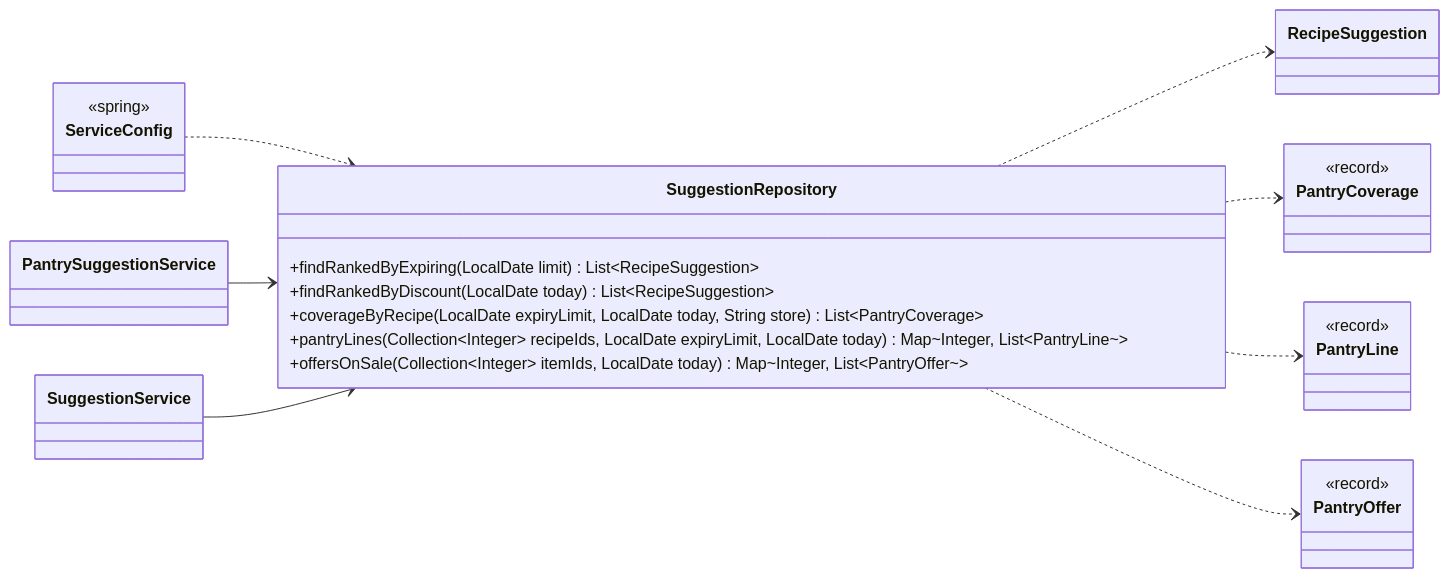
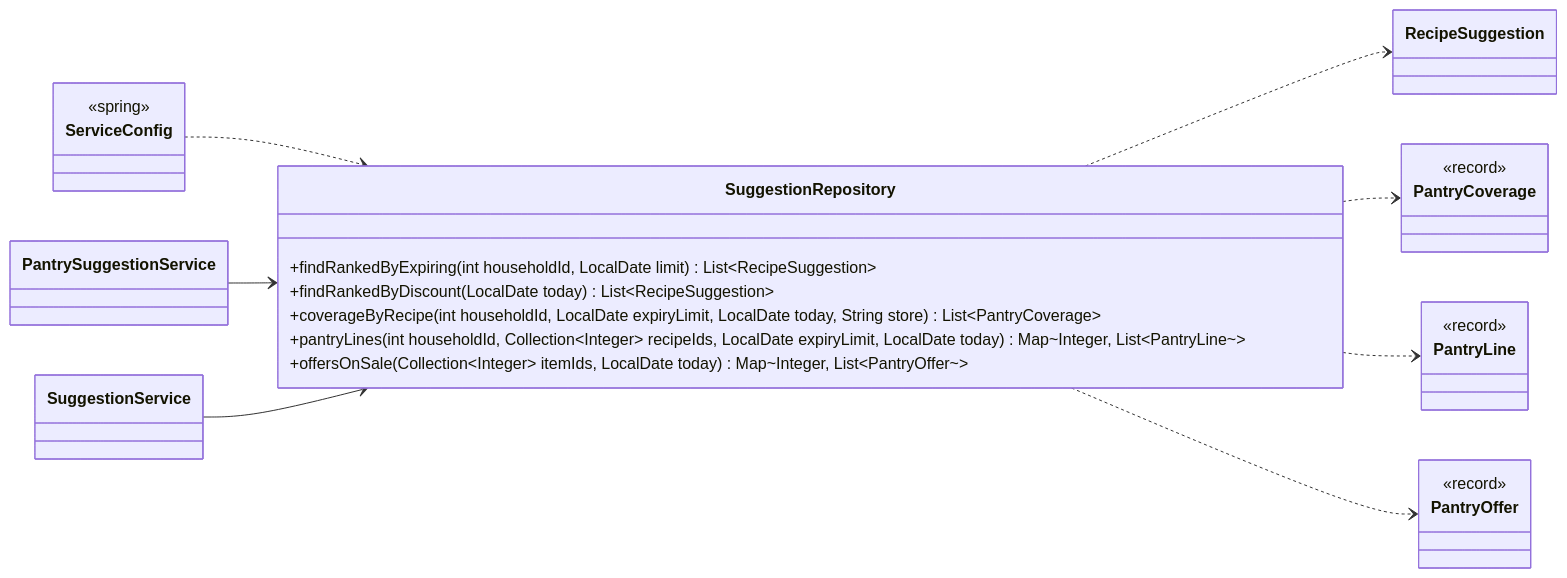
Before and after one commit to Nate-ryan-7690/dahaem: diagram 12 of 13 in docs/classes/suggestions.md, drawn with Mermaid. The commit also changed other lines of this file and 5 other files, not shown here.

````diff
--- a/docs/classes/suggestions.md
+++ b/docs/classes/suggestions.md
@@ -579,33 +579,33 @@
 ```mermaid
 classDiagram
     direction LR
     class suggestions_SuggestionRepository["SuggestionRepository"] {
-        +findRankedByExpiring(LocalDate limit) List~RecipeSuggestion~
+        +findRankedByExpiring(int householdId, LocalDate limit) List~RecipeSuggestion~
         +findRankedByDiscount(LocalDate today) List~RecipeSuggestion~
-        +coverageByRecipe(LocalDate expiryLimit, LocalDate today, String store) List~PantryCoverage~
-        +pantryLines(Collection~Integer~ recipeIds, LocalDate expiryLimit, LocalDate today) Map~Integer, List~PantryLine~~
+        +coverageByRecipe(int householdId, LocalDate expiryLimit, LocalDate today, String store) List~PantryCoverage~
+        +pantryLines(int householdId, Collection~Integer~ recipeIds, LocalDate expiryLimit, LocalDate today) Map~Integer, List~PantryLine~~
         +offersOnSale(Collection~Integer~ itemIds, LocalDate today) Map~Integer, List~PantryOffer~~
     }
     class suggestions_PantrySuggestionService["PantrySuggestionService"]
     class suggestions_SuggestionService["SuggestionService"]
     class suggestions_RecipeSuggestion["RecipeSuggestion"]
     class suggestions_PantryCoverage["PantryCoverage"] {
         <<record>>
     }
     class suggestions_PantryLine["PantryLine"] {
         <<record>>
     }
     class suggestions_PantryOffer["PantryOffer"] {
         <<record>>
     }
     class api_ServiceConfig["ServiceConfig"] {
         <<spring>>
     }
     suggestions_SuggestionRepository ..> suggestions_RecipeSuggestion
     suggestions_SuggestionRepository ..> suggestions_PantryCoverage
     suggestions_SuggestionRepository ..> suggestions_PantryLine
     suggestions_SuggestionRepository ..> suggestions_PantryOffer
     api_ServiceConfig ..> suggestions_SuggestionRepository
     suggestions_PantrySuggestionService --> suggestions_SuggestionRepository
     suggestions_SuggestionService --> suggestions_SuggestionRepository
 ```
````
